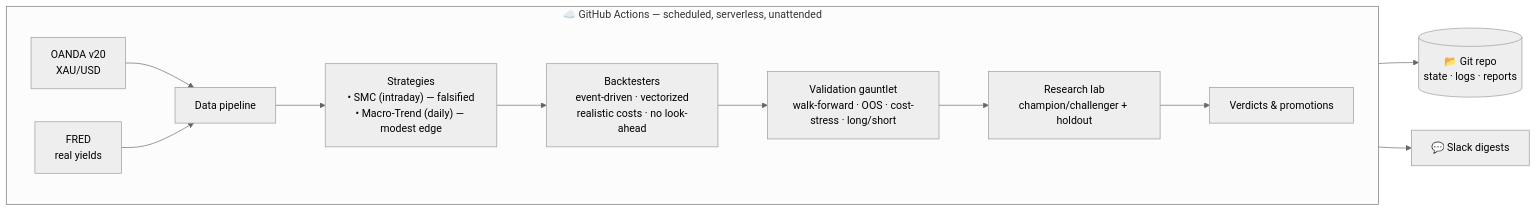
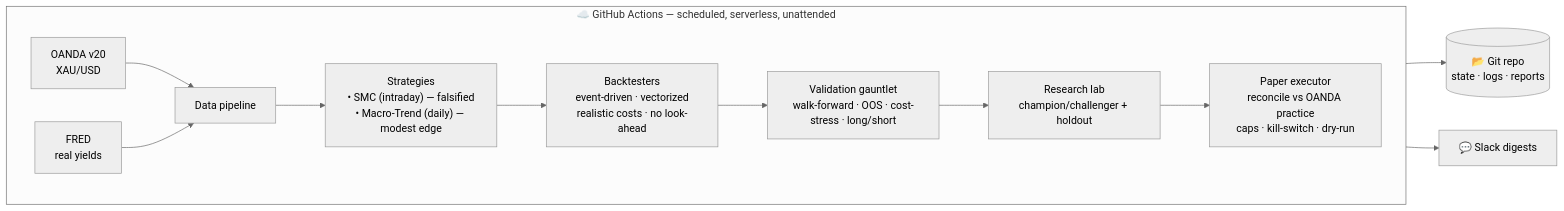
The diagram in README.md (burugupallyprem-coder/Gold_Research), drawn with Mermaid (neutral theme) before and after one commit. The commit also changed other lines of this file and 4 other files, not shown here.

Commit message:
Live paper executor + OANDA broker + pro README; remove internal artifacts

````diff
--- a/README.md
+++ b/README.md
@@ -59,15 +54,15 @@
 ```mermaid
 flowchart LR
     subgraph Cloud["☁️ GitHub Actions — scheduled, serverless, unattended"]
         direction LR
         D1["OANDA v20<br/>XAU/USD"] --> P["Data pipeline"]
         D2["FRED<br/>real yields"] --> P
         P --> S["Strategies<br/>• SMC (intraday) — falsified<br/>• Macro-Trend (daily) — modest edge"]
         S --> B["Backtesters<br/>event-driven · vectorized<br/>realistic costs · no look-ahead"]
         B --> V["Validation gauntlet<br/>walk-forward · OOS · cost-stress · long/short"]
         V --> RL["Research lab<br/>champion/challenger + holdout"]
-        RL --> R["Verdicts & promotions"]
+        RL --> PT["Paper executor<br/>reconcile vs OANDA practice<br/>caps · kill-switch · dry-run"]
     end
-    R --> G[("📂 Git repo<br/>state · logs · reports")]
-    R --> H["💬 Slack digests"]
+    RL --> G[("📂 Git repo<br/>state · logs · reports")]
+    PT --> H["💬 Slack digests"]
 ```
````
